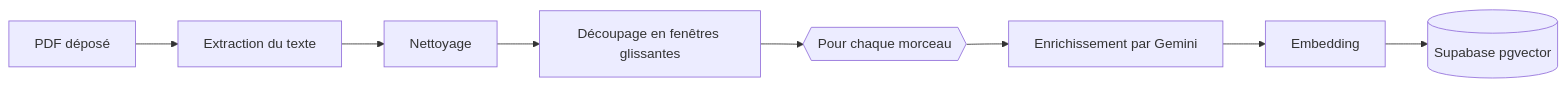
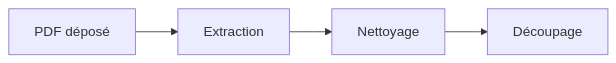
One commit to rlescao-creator/chat-botte-rag changed the first of 3 diagrams in README.md. Above: the diagram before and after it, drawn with Mermaid. The commit also changed other lines of this file, not shown here.

Commit message:
README: larger diagrams

````diff
--- a/README.md
+++ b/README.md
@@ -53,10 +55,4 @@
 ```mermaid
 flowchart LR
-  A[PDF déposé] --> B[Extraction du texte]
-  B --> C[Nettoyage]
-  C --> D[Découpage en fenêtres glissantes]
-  D --> E{{Pour chaque morceau}}
-  E --> F[Enrichissement par Gemini]
-  F --> G[Embedding]
-  G --> H[(Supabase pgvector)]
+  A[PDF déposé] --> B[Extraction] --> C[Nettoyage] --> D[Découpage]
 ```
````
